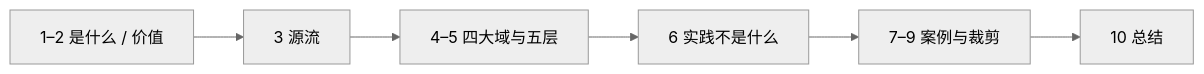
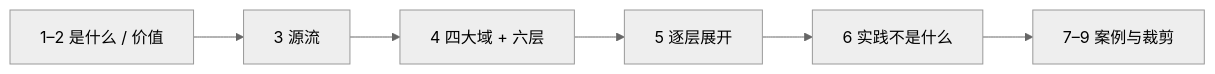
One commit to xiaxinyu/knowledge_base changed the first of 2 diagrams in 20-architecture/20-enterprise-architecture-treatise.md. Above: the diagram before and after it, drawn with Mermaid (neutral theme). The commit also changed other lines of this file, not shown here.

````diff
--- a/20-architecture/20-enterprise-architecture-treatise.md
+++ b/20-architecture/20-enterprise-architecture-treatise.md
@@ -64,8 +72,8 @@
 ```mermaid
 flowchart LR
   A["1–2 是什么 / 价值"] --> B["3 源流"]
-  B --> C["4–5 四大域与五层"]
-  C --> D["6 实践不是什么"]
-  D --> E["7–9 案例与裁剪"]
-  E --> F["10 总结"]
+  B --> C["4 四大域 + 六层"]
+  C --> D["5 逐层展开"]
+  D --> E["6 实践不是什么"]
+  E --> F["7–9 案例与裁剪"]
 ```
````
